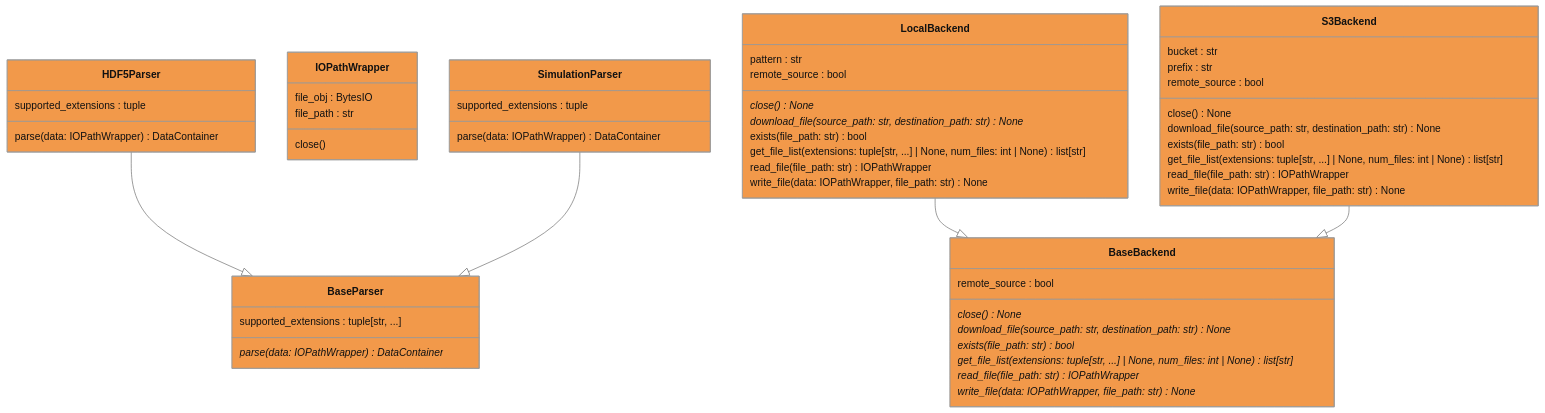
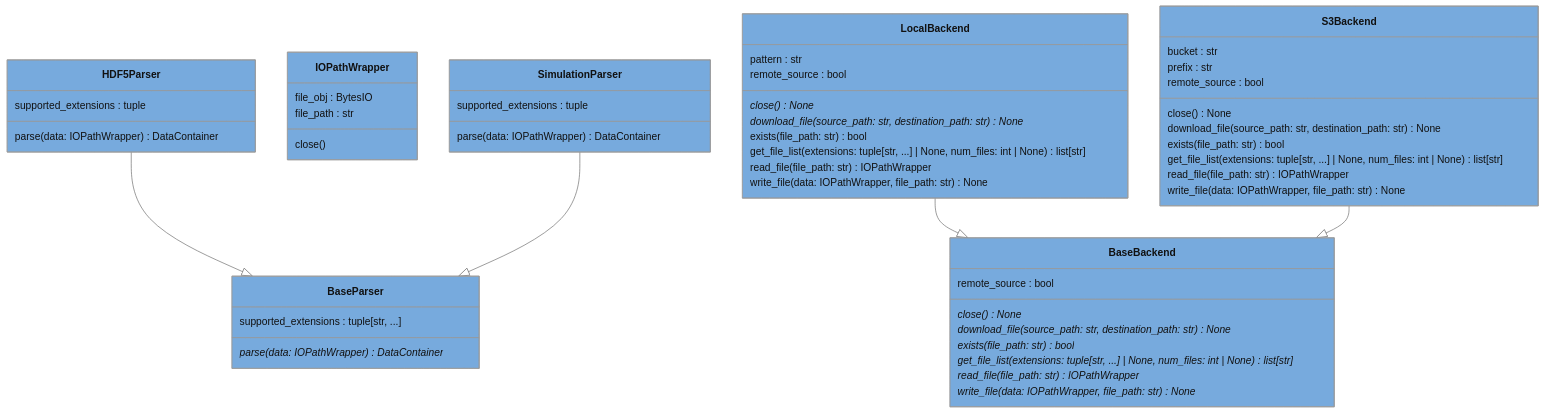
One commit to voidsy-gmbh/pyThermoNDT changed the diagram in docs/pyreverse/mermaid/classes_pythermondt.io.mmd. Above: the diagram before and after it, drawn with Mermaid (neutral theme). The commit also changed 59 other files, not shown here.

Commit message:
Update mermaid diagrams

```diff
--- a/docs/pyreverse/mermaid/classes_pythermondt.io.mmd
+++ b/docs/pyreverse/mermaid/classes_pythermondt.io.mmd
@@ -1,59 +1,59 @@
 classDiagram
   class BaseBackend {
     remote_source : bool
     close()* None
     download_file(source_path: str, destination_path: str)* None
     exists(file_path: str)* bool
     get_file_list(extensions: tuple[str, ...] | None, num_files: int | None)* list[str]
     read_file(file_path: str)* IOPathWrapper
     write_file(data: IOPathWrapper, file_path: str)* None
   }
-  style BaseBackend fill:#F2994A
+  style BaseBackend fill:#77AADD
   class BaseParser {
     supported_extensions : tuple[str, ...]
     parse(data: IOPathWrapper)* DataContainer
   }
-  style BaseParser fill:#F2994A
+  style BaseParser fill:#77AADD
   class HDF5Parser {
     supported_extensions : tuple
     parse(data: IOPathWrapper) DataContainer
   }
-  style HDF5Parser fill:#F2994A
+  style HDF5Parser fill:#77AADD
   class IOPathWrapper {
     file_obj : BytesIO
     file_path : str
     close()
   }
-  style IOPathWrapper fill:#F2994A
+  style IOPathWrapper fill:#77AADD
   class LocalBackend {
     pattern : str
     remote_source : bool
     close()* None
     download_file(source_path: str, destination_path: str)* None
     exists(file_path: str) bool
     get_file_list(extensions: tuple[str, ...] | None, num_files: int | None) list[str]
     read_file(file_path: str) IOPathWrapper
     write_file(data: IOPathWrapper, file_path: str) None
   }
-  style LocalBackend fill:#F2994A
+  style LocalBackend fill:#77AADD
   class S3Backend {
     bucket : str
     prefix : str
     remote_source : bool
     close() None
     download_file(source_path: str, destination_path: str) None
     exists(file_path: str) bool
     get_file_list(extensions: tuple[str, ...] | None, num_files: int | None) list[str]
     read_file(file_path: str) IOPathWrapper
     write_file(data: IOPathWrapper, file_path: str) None
   }
-  style S3Backend fill:#F2994A
+  style S3Backend fill:#77AADD
   class SimulationParser {
     supported_extensions : tuple
     parse(data: IOPathWrapper) DataContainer
   }
-  style SimulationParser fill:#F2994A
+  style SimulationParser fill:#77AADD
   LocalBackend --|> BaseBackend
   S3Backend --|> BaseBackend
   HDF5Parser --|> BaseParser
   SimulationParser --|> BaseParser
```
